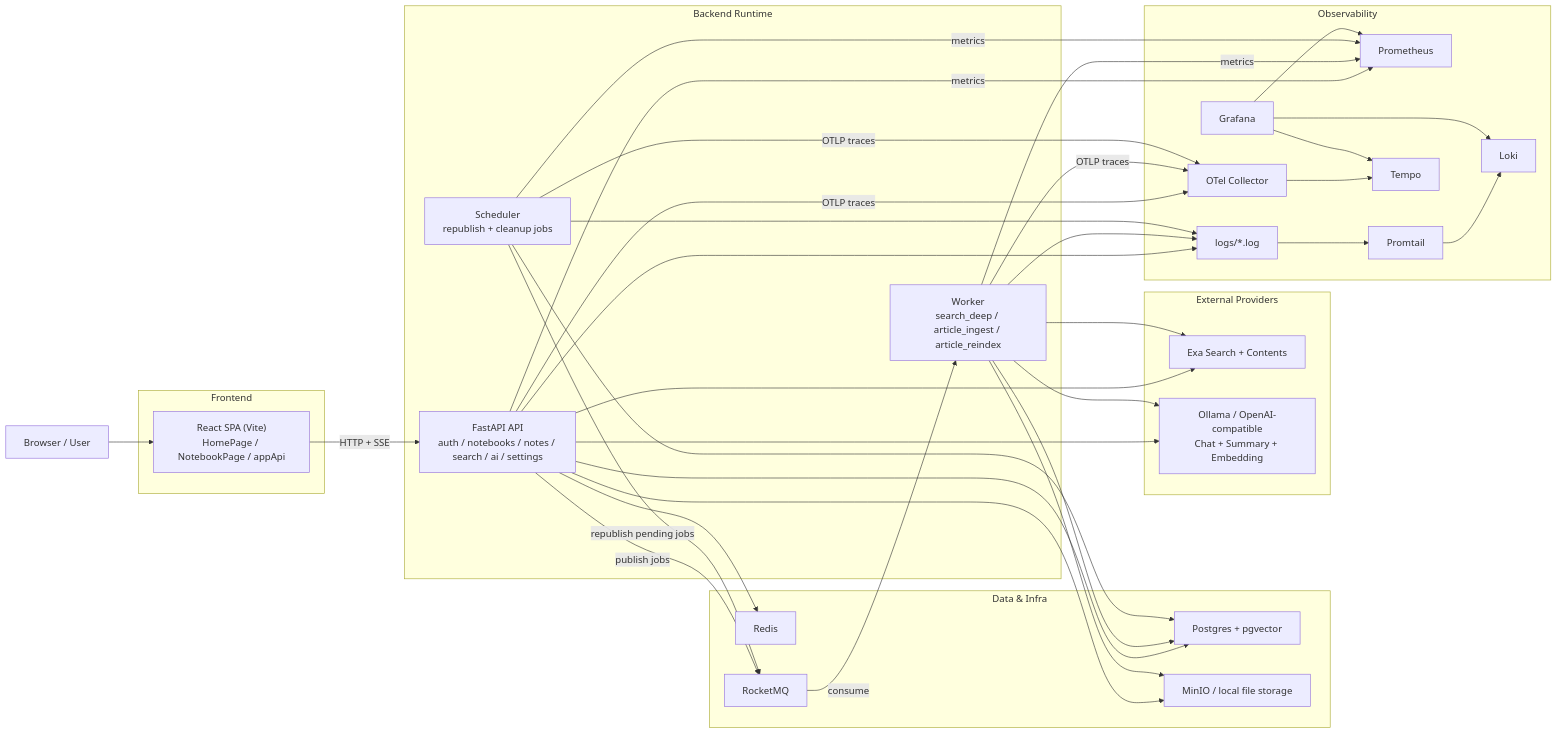
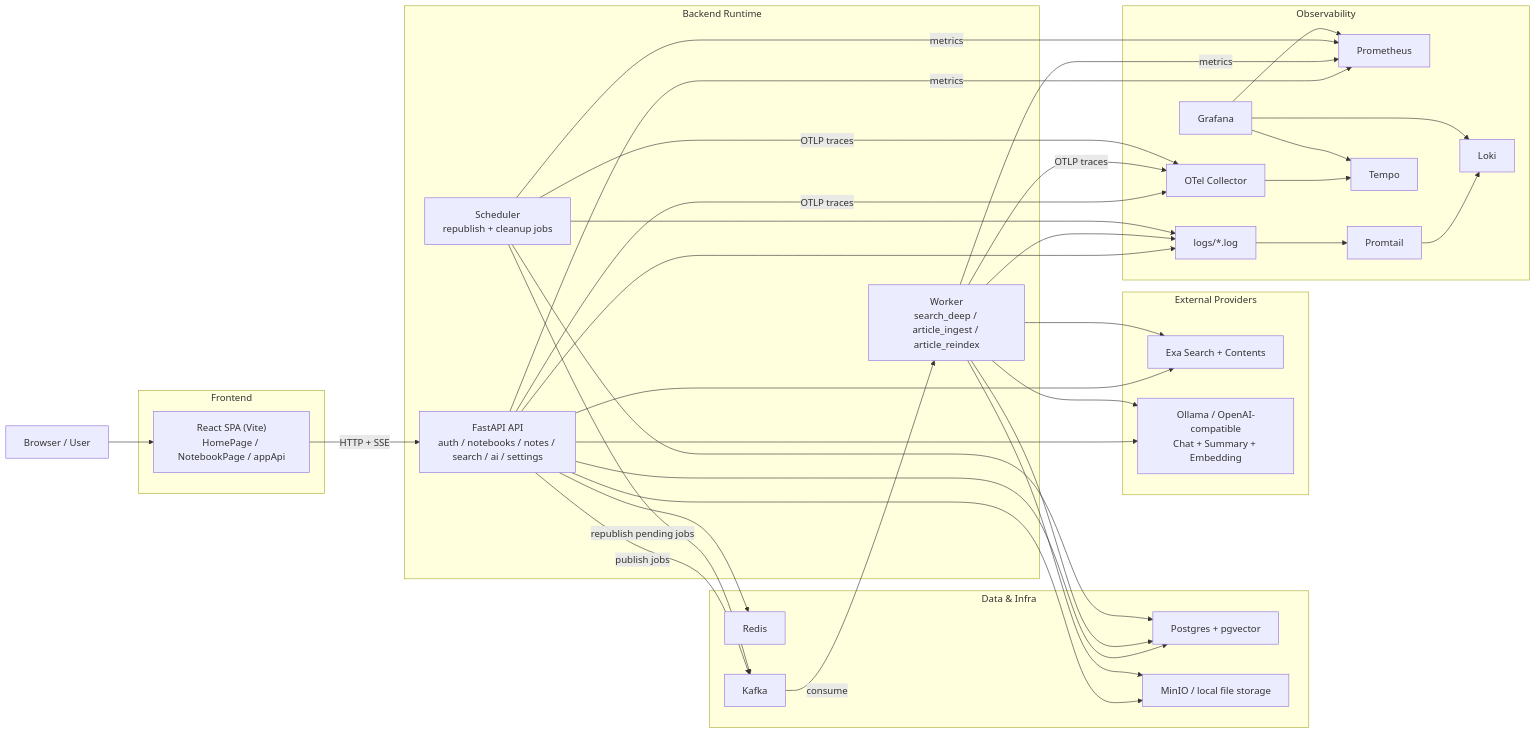
Before and after one commit to jiyue333/notebooklm: the first of 6 diagrams in docs/system-architecture.md, drawn with Mermaid. The commit also changed other lines of this file and 34 other files, not shown here.

````diff
--- a/docs/system-architecture.md
+++ b/docs/system-architecture.md
@@ -120,75 +111,75 @@
 ```mermaid
 flowchart LR
     Browser["Browser / User"]
 
     subgraph Frontend["Frontend"]
         SPA["React SPA (Vite)<br/>HomePage / NotebookPage / appApi"]
     end
 
     subgraph Backend["Backend Runtime"]
         API["FastAPI API<br/>auth / notebooks / notes / search / ai / settings"]
         Worker["Worker<br/>search_deep / article_ingest / article_reindex"]
         Scheduler["Scheduler<br/>republish + cleanup jobs"]
     end
 
     subgraph Data["Data & Infra"]
         PG["Postgres + pgvector"]
         MinIO["MinIO / local file storage"]
         Redis["Redis"]
-        MQ["RocketMQ"]
+        MQ["Kafka"]
     end
 
     subgraph External["External Providers"]
         Exa["Exa Search + Contents"]
         LLM["Ollama / OpenAI-compatible<br/>Chat + Summary + Embedding"]
     end
 
     subgraph Observability["Observability"]
         LocalLogs["logs/*.log"]
         Prom["Prometheus"]
         Promtail["Promtail"]
         Loki["Loki"]
         OTel["OTel Collector"]
         Tempo["Tempo"]
         Grafana["Grafana"]
     end
 
     Browser --> SPA
     SPA -->|"HTTP + SSE"| API
 
     API --> PG
     API --> MinIO
     API --> Redis
     API --> Exa
     API --> LLM
     API -->|"publish jobs"| MQ
 
     MQ -->|"consume"| Worker
     Worker --> PG
     Worker --> MinIO
     Worker --> Exa
     Worker --> LLM
 
     Scheduler --> PG
     Scheduler -->|"republish pending jobs"| MQ
 
     API --> LocalLogs
     Worker --> LocalLogs
     Scheduler --> LocalLogs
 
     LocalLogs --> Promtail
     Promtail --> Loki
 
     API -->|"metrics"| Prom
     Worker -->|"metrics"| Prom
     Scheduler -->|"metrics"| Prom
 
     API -->|"OTLP traces"| OTel
     Worker -->|"OTLP traces"| OTel
     Scheduler -->|"OTLP traces"| OTel
     OTel --> Tempo
 
     Grafana --> Prom
     Grafana --> Loki
     Grafana --> Tempo
 ```
````
